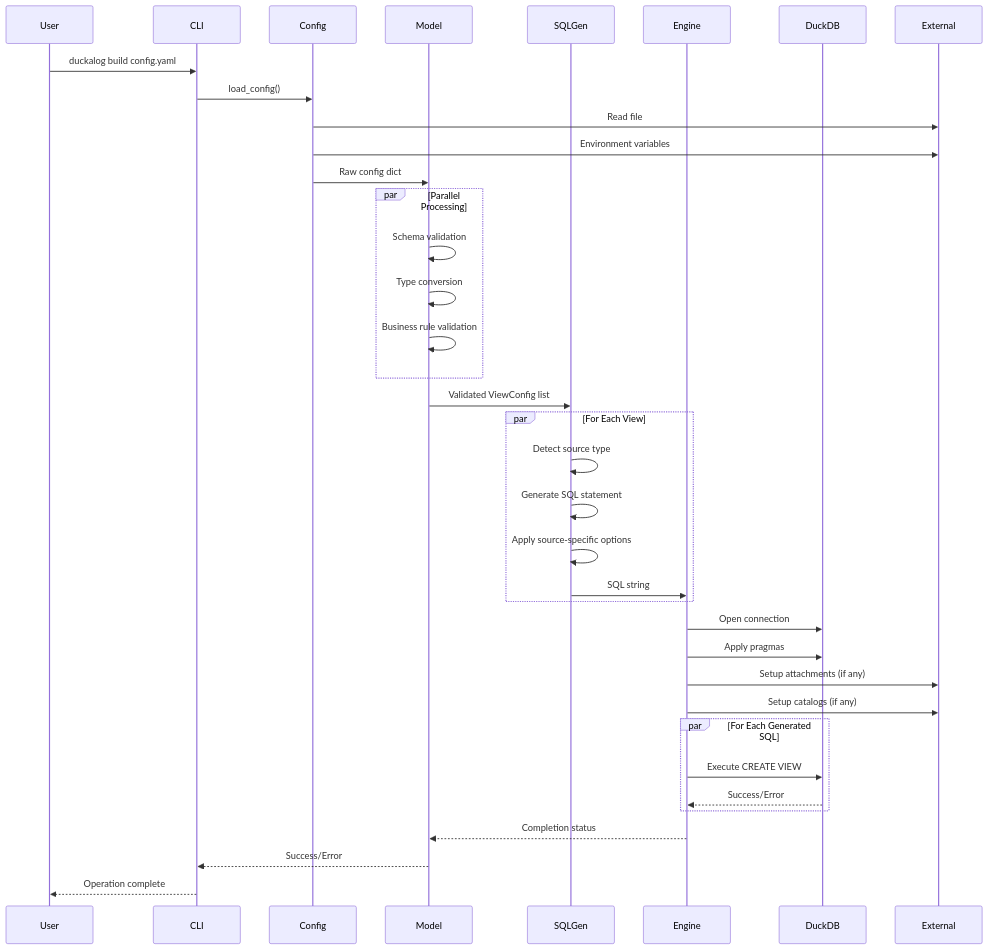
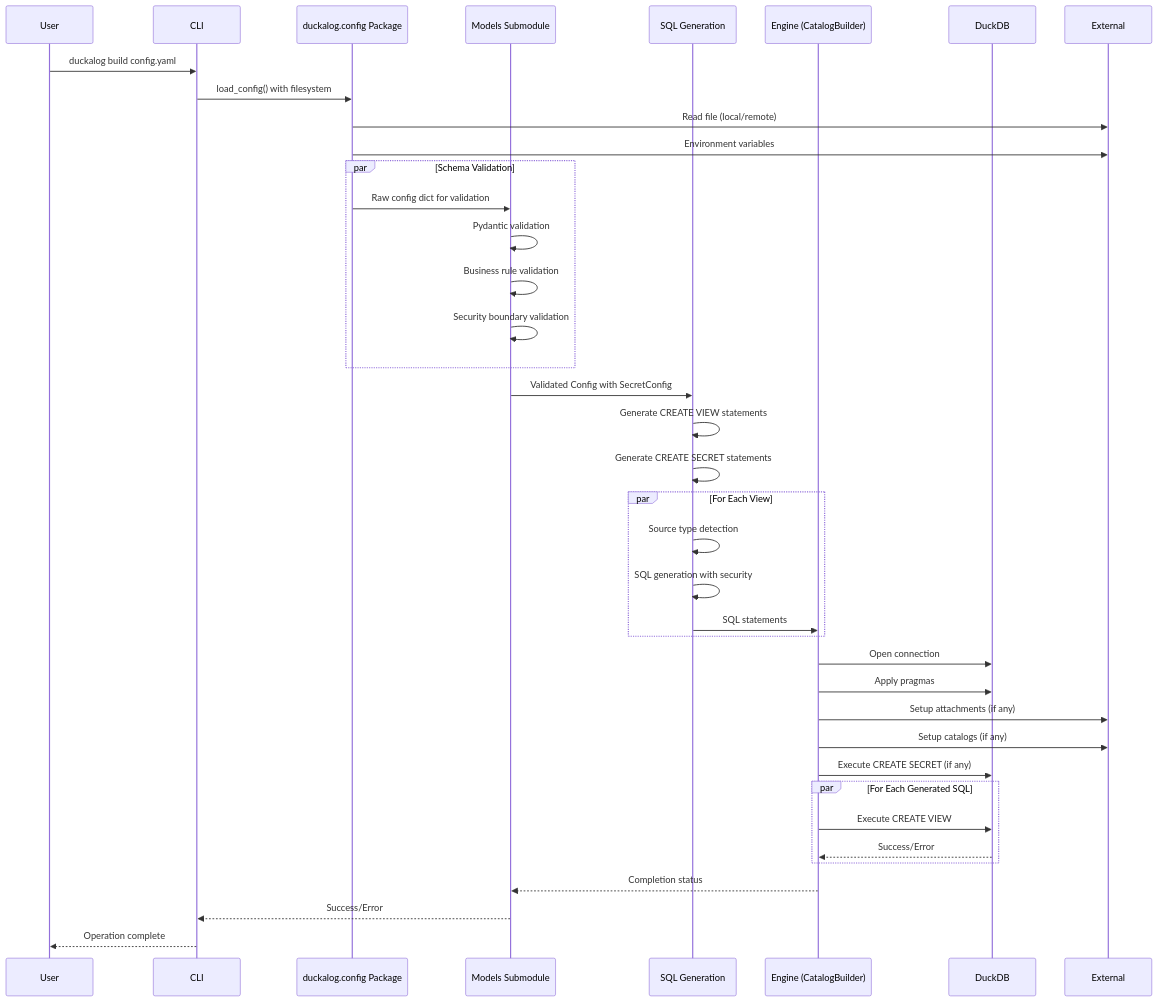
Diagram 11 of 16 in docs/architecture.md (legout/duckalog), drawn with Mermaid before and after one commit. The commit also changed other lines of this file and 5 other files, not shown here.

Commit message:
Update docs for refactored architecture

````diff
--- a/docs/architecture.md
+++ b/docs/architecture.md
@@ -294,46 +442,48 @@
 ```mermaid
 sequenceDiagram
     participant User
     participant CLI
-    participant Config
-    participant Model
-    participant SQLGen
-    participant Engine
+    participant ConfigPkg as duckalog.config Package
+    participant Models as Models Submodule
+    participant SQLGen as SQL Generation
+    participant Engine as Engine (CatalogBuilder)
     participant DuckDB
     participant External
     
     User->>CLI: duckalog build config.yaml
-    CLI->>Config: load_config()
-    Config->>External: Read file
-    Config->>External: Environment variables
-    Config->>Model: Raw config dict
+    CLI->>ConfigPkg: load_config() with filesystem
+    ConfigPkg->>External: Read file (local/remote)
+    ConfigPkg->>External: Environment variables
     
-    par Parallel Processing
-        Model->>Model: Schema validation
-        Model->>Model: Type conversion
-        Model->>Model: Business rule validation
+    par Schema Validation
+        ConfigPkg->>Models: Raw config dict for validation
+        Models->>Models: Pydantic validation
+        Models->>Models: Business rule validation
+        Models->>Models: Security boundary validation
     end
     
-    Model->>SQLGen: Validated ViewConfig list
+    Models->>SQLGen: Validated Config with SecretConfig
+    SQLGen->>SQLGen: Generate CREATE VIEW statements
+    SQLGen->>SQLGen: Generate CREATE SECRET statements
     
     par For Each View
-        SQLGen->>SQLGen: Detect source type
-        SQLGen->>SQLGen: Generate SQL statement
-        SQLGen->>SQLGen: Apply source-specific options
-        SQLGen->>Engine: SQL string
+        SQLGen->>SQLGen: Source type detection
+        SQLGen->>SQLGen: SQL generation with security
+        SQLGen->>Engine: SQL statements
     end
     
     Engine->>DuckDB: Open connection
     Engine->>DuckDB: Apply pragmas
     Engine->>External: Setup attachments (if any)
     Engine->>External: Setup catalogs (if any)
+    Engine->>DuckDB: Execute CREATE SECRET (if any)
     
     par For Each Generated SQL
         Engine->>DuckDB: Execute CREATE VIEW
         DuckDB-->>Engine: Success/Error
     end
     
-    Engine-->>Model: Completion status
-    Model-->>CLI: Success/Error
+    Engine-->>Models: Completion status
+    Models-->>CLI: Success/Error
     CLI-->>User: Operation complete
 ```
````
